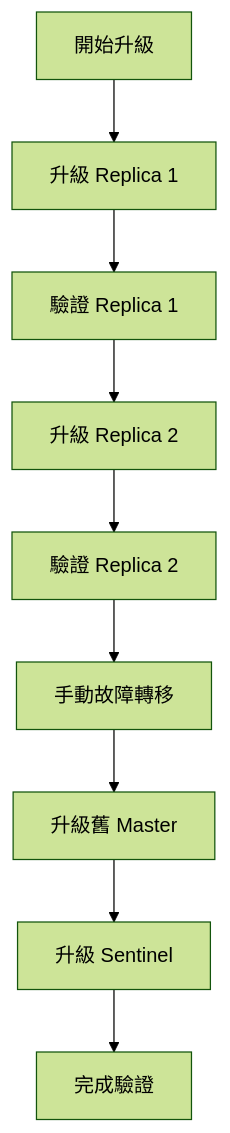
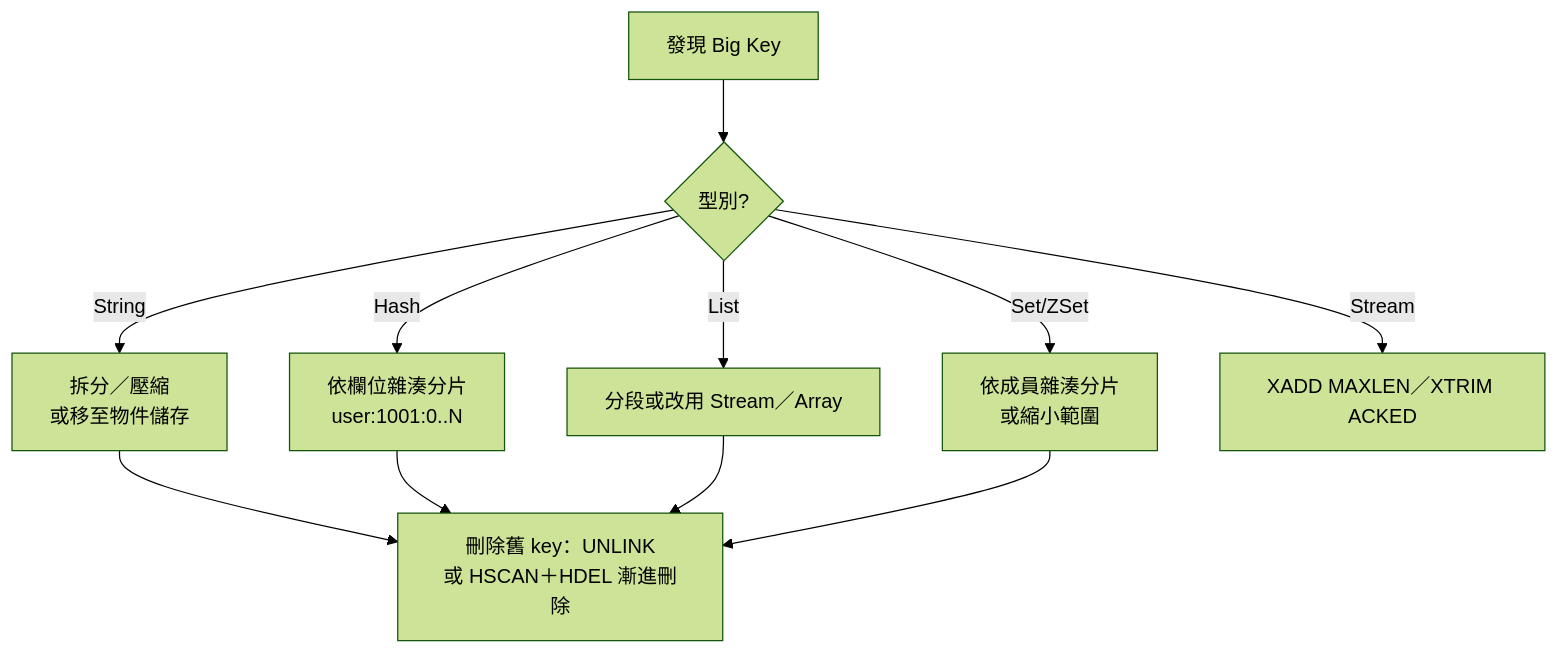
One commit to chihhung/Blog changed diagram 18 of 30 in content/posts/教學/工具/Redis教學手冊.md. Above: the diagram before and after it, drawn with Mermaid (forest theme). The commit also changed other lines of this file and 10 other files, not shown here.

````diff
--- a/content/posts/教學/工具/Redis教學手冊.md
+++ b/content/posts/教學/工具/Redis教學手冊.md
@@ -2177,11 +3293,13 @@
 ```mermaid
-flowchart TB
-    A[開始升級] --> B[升級 Replica 1]
-    B --> C[驗證 Replica 1]
-    C --> D[升級 Replica 2]
-    D --> E[驗證 Replica 2]
-    E --> F[手動故障轉移]
-    F --> G[升級舊 Master]
-    G --> H[升級 Sentinel]
-    H --> I[完成驗證]
+flowchart TD
+    A[發現 Big Key] --> B{型別?}
+    B -->|String| C[拆分／壓縮<br/>或移至物件儲存]
+    B -->|Hash| D[依欄位雜湊分片<br/>user:1001:0..N]
+    B -->|List| E[分段或改用 Stream／Array]
+    B -->|Set/ZSet| F[依成員雜湊分片<br/>或縮小範圍]
+    B -->|Stream| G[XADD MAXLEN／XTRIM ACKED]
+    C --> H[刪除舊 key：UNLINK<br/>或 HSCAN＋HDEL 漸進刪除]
+    D --> H
+    E --> H
+    F --> H
 ```
````
